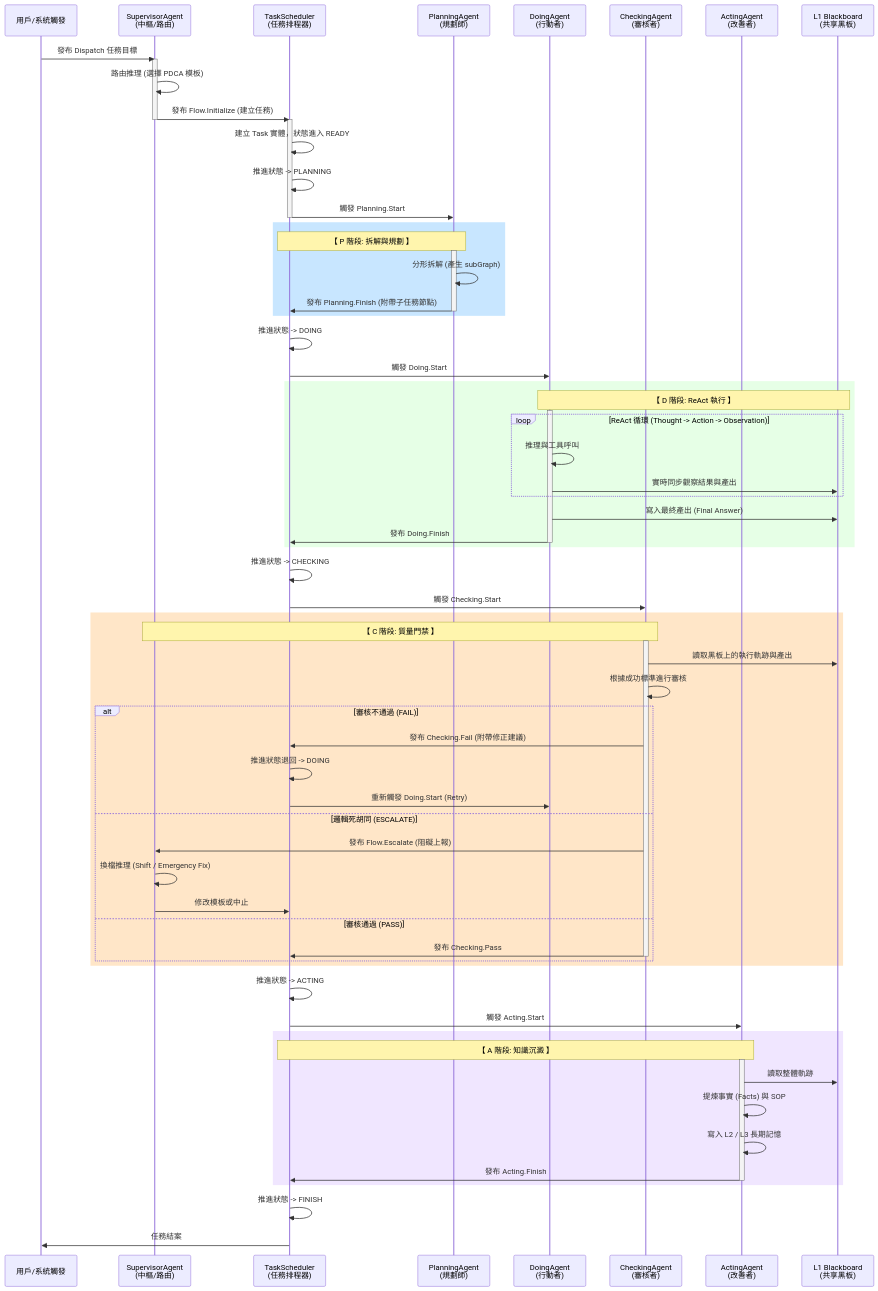
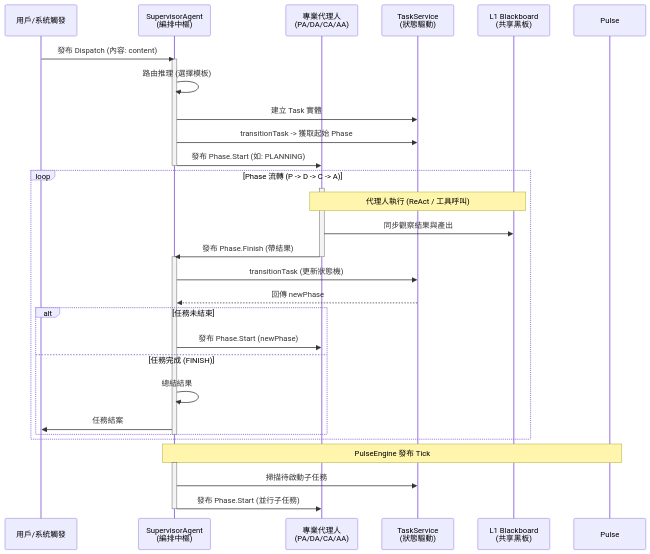
Before and after one commit to yan-930521/SuperNova: the diagram in docs/ARCH.md, drawn with Mermaid. The commit also changed other lines of this file and 39 other files, not shown here.

````diff
--- a/docs/ARCH.md
+++ b/docs/ARCH.md
@@ -78,89 +67,44 @@
 ```mermaid
 sequenceDiagram
     participant User as 用戶/系統觸發
-    participant SA as SupervisorAgent<br/>(中樞/路由)
-    participant TS as TaskScheduler<br/>(任務排程器)
-    participant PA as PlanningAgent<br/>(規劃師)
-    participant DA as DoingAgent<br/>(行動者)
-    participant CA as CheckingAgent<br/>(審核者)
-    participant AA as ActingAgent<br/>(改善者)
+    participant SA as SupervisorAgent<br/>(編排中樞)
+    participant Agent as 專業代理人<br/>(PA/DA/CA/AA)
+    participant TS as TaskService<br/>(狀態驅動)
     participant L1 as L1 Blackboard<br/>(共享黑板)
 
-    User->>SA: 發布 Dispatch 任務目標
+    User->>SA: 發布 Dispatch (內容: content)
     activate SA
-    SA->>SA: 路由推理 (選擇 PDCA 模板)
-    SA->>TS: 發布 Flow.Initialize (建立任務)
+    SA->>SA: 路由推理 (選擇模板)
+    SA->>TS: 建立 Task 實體
+    SA->>TS: transitionTask -> 獲取起始 Phase
+    SA->>Agent: 發布 Phase.Start (如: PLANNING)
     deactivate SA
-    
-    activate TS
-    TS->>TS: 建立 Task 實體，狀態進入 READY
-    TS->>TS: 推進狀態 -> PLANNING
-    TS->>PA: 觸發 Planning.Start
-    deactivate TS
 
-    %% P 階段
-    rect rgb(200, 230, 255)
-        Note over PA,TS: 【 P 階段: 拆解與規劃 】
-        activate PA
-        PA->>PA: 分形拆解 (產生 subGraph)
-        PA->>TS: 發布 Planning.Finish (附帶子任務節點)
-        deactivate PA
-    end
-    
-    TS->>TS: 推進狀態 -> DOING
-    TS->>DA: 觸發 Doing.Start
+    %% PDCA 循環
+    loop Phase 流轉 (P -> D -> C -> A)
+        activate Agent
+        Note over Agent,L1: 代理人執行 (ReAct / 工具呼叫)
+        Agent->>L1: 同步觀察結果與產出
+        Agent->>SA: 發布 Phase.Finish (帶結果)
+        deactivate Agent
 
-    %% D 階段
-    rect rgb(230, 255, 230)
-        Note over DA,L1: 【 D 階段: ReAct 執行 】
-        activate DA
-        loop ReAct 循環 (Thought -> Action -> Observation)
-            DA->>DA: 推理與工具呼叫
-            DA->>L1: 實時同步觀察結果與產出
+        activate SA
+        SA->>TS: transitionTask (更新狀態機)
+        TS-->>SA: 回傳 newPhase
+        
+        alt 任務未結束
+            SA->>Agent: 發布 Phase.Start (newPhase)
+        else 任務完成 (FINISH)
+            SA->>SA: 總結結果
+            SA->>User: 任務結案
         end
-        DA->>L1: 寫入最終產出 (Final Answer)
-        DA->>TS: 發布 Doing.Finish
-        deactivate DA
+        deactivate SA
     end
 
-    TS->>TS: 推進狀態 -> CHECKING
-    TS->>CA: 觸發 Checking.Start
-
-    %% C 階段
-    rect rgb(255, 230, 200)
-        Note over CA,SA: 【 C 階段: 質量門禁 】
-        activate CA
-        CA->>L1: 讀取黑板上的執行軌跡與產出
-        CA->>CA: 根據成功標準進行審核
-        
-        alt 審核不通過 (FAIL)
-            CA->>TS: 發布 Checking.Fail (附帶修正建議)
-            TS->>TS: 推進狀態退回 -> DOING
-            TS->>DA: 重新觸發 Doing.Start (Retry)
-        else 邏輯死胡同 (ESCALATE)
-            CA->>SA: 發布 Flow.Escalate (阻礙上報)
-            SA->>SA: 換檔推理 (Shift / Emergency Fix)
-            SA->>TS: 修改模板或中止
-        else 審核通過 (PASS)
-            CA->>TS: 發布 Checking.Pass
-            deactivate CA
-        end
-    end
-
-    TS->>TS: 推進狀態 -> ACTING
-    TS->>AA: 觸發 Acting.Start
-
-    %% A 階段
-    rect rgb(240, 230, 255)
-        Note over AA,TS: 【 A 階段: 知識沉澱 】
-        activate AA
-        AA->>L1: 讀取整體軌跡
-        AA->>AA: 提煉事實 (Facts) 與 SOP
-        AA->>AA: 寫入 L2 / L3 長期記憶
-        AA->>TS: 發布 Acting.Finish
-        deactivate AA
-    end
-
-    TS->>TS: 推進狀態 -> FINISH
-    TS->>User: 任務結案
+    %% 併發調度 Hook
+    Note over SA,Pulse: PulseEngine 發布 Tick
+    activate SA
+    SA->>TS: 掃描待啟動子任務
+    SA->>Agent: 發布 Phase.Start (並行子任務)
+    deactivate SA
 ```
````
